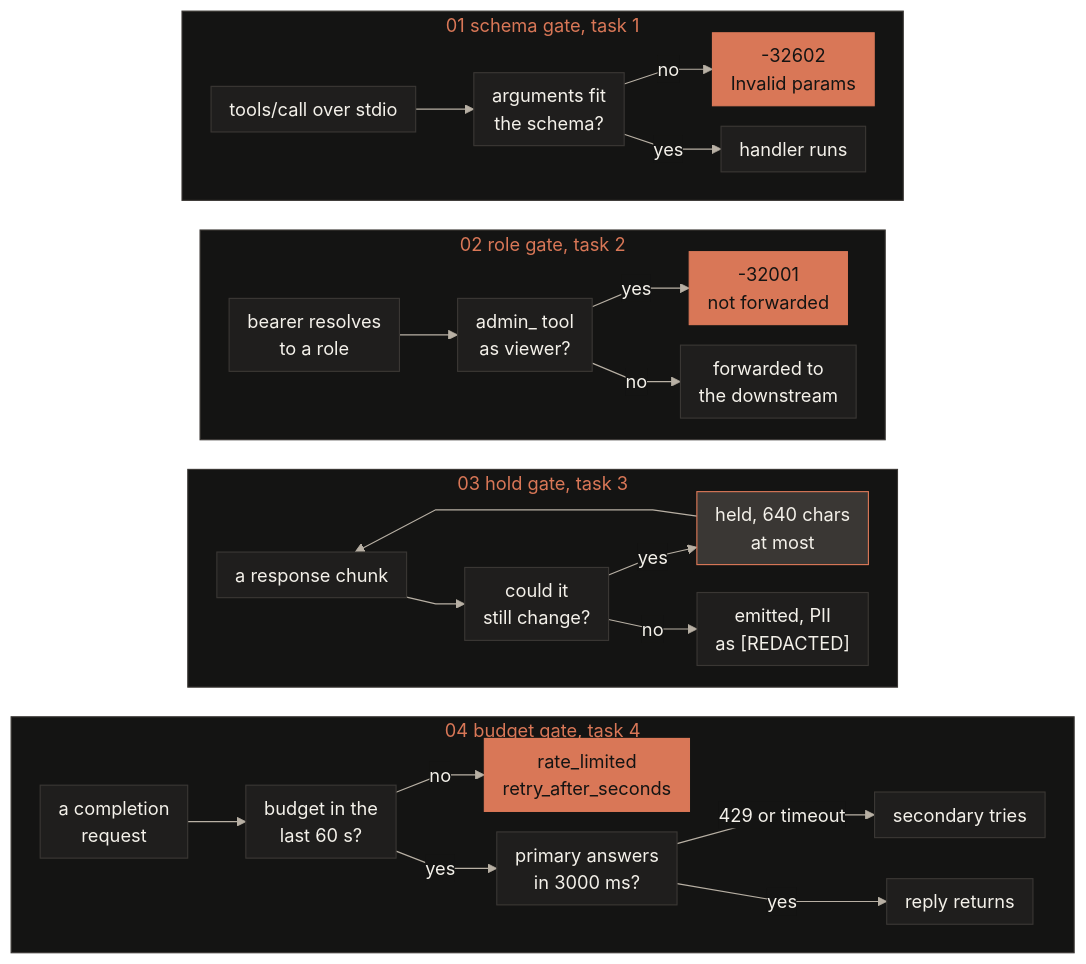
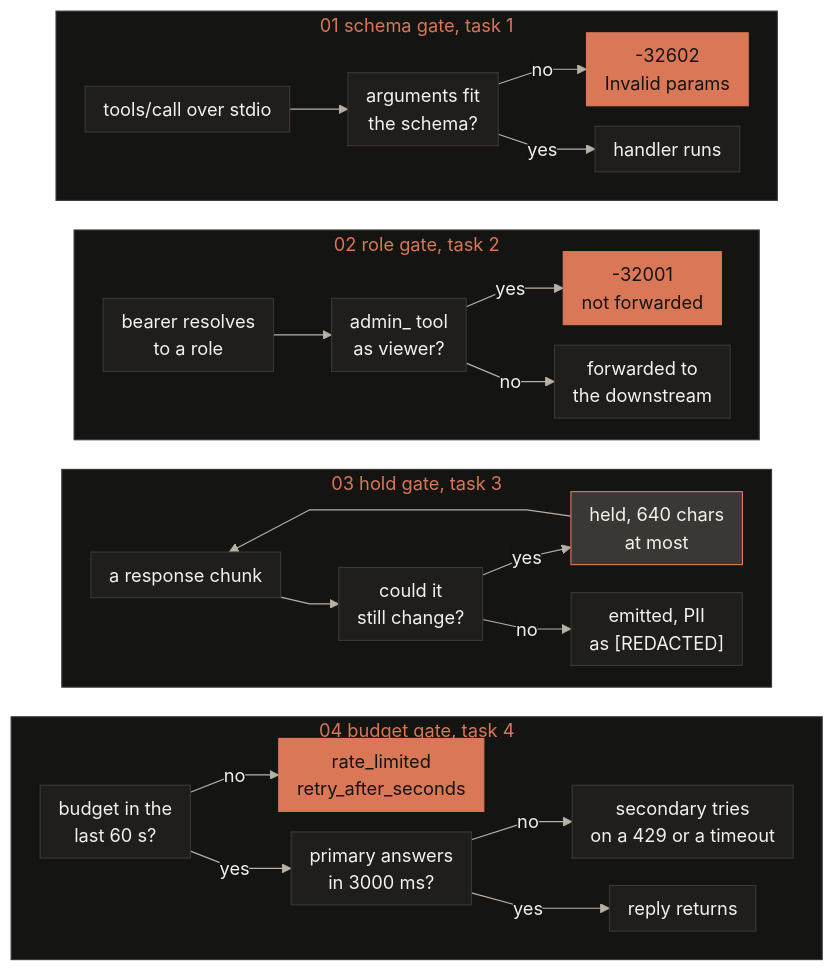
The diagram in README.md (jameswniu/quilr-fde-assessment), drawn with Mermaid before and after one commit. The commit also changed 1 other file, not shown here.

Commit message:
Keep the mermaid inside the column and in GitHub's own font

````diff
--- a/README.md
+++ b/README.md
@@ -142,36 +142,36 @@
 ```mermaid
-%%{init: {"theme": "base", "themeVariables": {"primaryColor": "#1F1E1D", "primaryTextColor": "#F4F1EA", "primaryBorderColor": "#3A3734", "lineColor": "#B8B0A4", "textColor": "#F4F1EA", "clusterBkg": "#141413", "clusterBorder": "#3A3734", "titleColor": "#D97757", "edgeLabelBackground": "#141413", "fontFamily": "SFMono-Regular,Menlo,Consolas,Liberation Mono,monospace", "fontSize": "16px"}, "flowchart": {"curve": "linear", "nodeSpacing": 18, "rankSpacing": 26, "padding": 8}}}%%
+%%{init: {"theme": "base", "themeVariables": {"primaryColor": "#1F1E1D", "primaryTextColor": "#F4F1EA", "primaryBorderColor": "#3A3734", "lineColor": "#B8B0A4", "textColor": "#F4F1EA", "clusterBkg": "#141413", "clusterBorder": "#3A3734", "titleColor": "#D97757", "edgeLabelBackground": "#141413", "fontSize": "16px"}, "flowchart": {"curve": "linear", "nodeSpacing": 18, "rankSpacing": 26, "padding": 8}}}%%
 flowchart TB
   subgraph S1["01 schema gate, task 1"]
     direction LR
     A1["tools/call over stdio"] --> A2["arguments fit<br/>the schema?"]
     A2 -- no --> A3["-32602<br/>Invalid params"]
     A2 -- yes --> A4["handler runs"]
   end
   subgraph S2["02 role gate, task 2"]
     direction LR
     B1["bearer resolves<br/>to a role"] --> B2["admin_ tool<br/>as viewer?"]
     B2 -- yes --> B3["-32001<br/>not forwarded"]
     B2 -- no --> B4["forwarded to<br/>the downstream"]
   end
   subgraph S3["03 hold gate, task 3"]
     direction LR
     C1["a response chunk"] --> C2["could it<br/>still change?"]
     C2 -- yes --> C3["held, 640 chars<br/>at most"]
     C3 --> C1
     C2 -- no --> C4["emitted, PII<br/>as [REDACTED]"]
   end
   subgraph S4["04 budget gate, task 4"]
     direction LR
-    D1["a completion<br/>request"] --> D2["budget in the<br/>last 60 s?"]
+    D2["budget in the<br/>last 60 s?"]
     D2 -- no --> D3["rate_limited<br/>retry_after_seconds"]
     D2 -- yes --> D4["primary answers<br/>in 3000 ms?"]
-    D4 -- "429 or timeout" --> D5["secondary tries"]
+    D4 -- no --> D5["secondary tries<br/>on a 429 or a timeout"]
     D4 -- yes --> D6["reply returns"]
   end
   S1 ~~~ S2 ~~~ S3 ~~~ S4
   classDef stop fill:#D97757,stroke:#D97757,color:#141413
   classDef hold fill:#3A3734,stroke:#D97757,color:#F4F1EA
   class A3,B3,D3 stop
   class C3 hold
 ```
````
